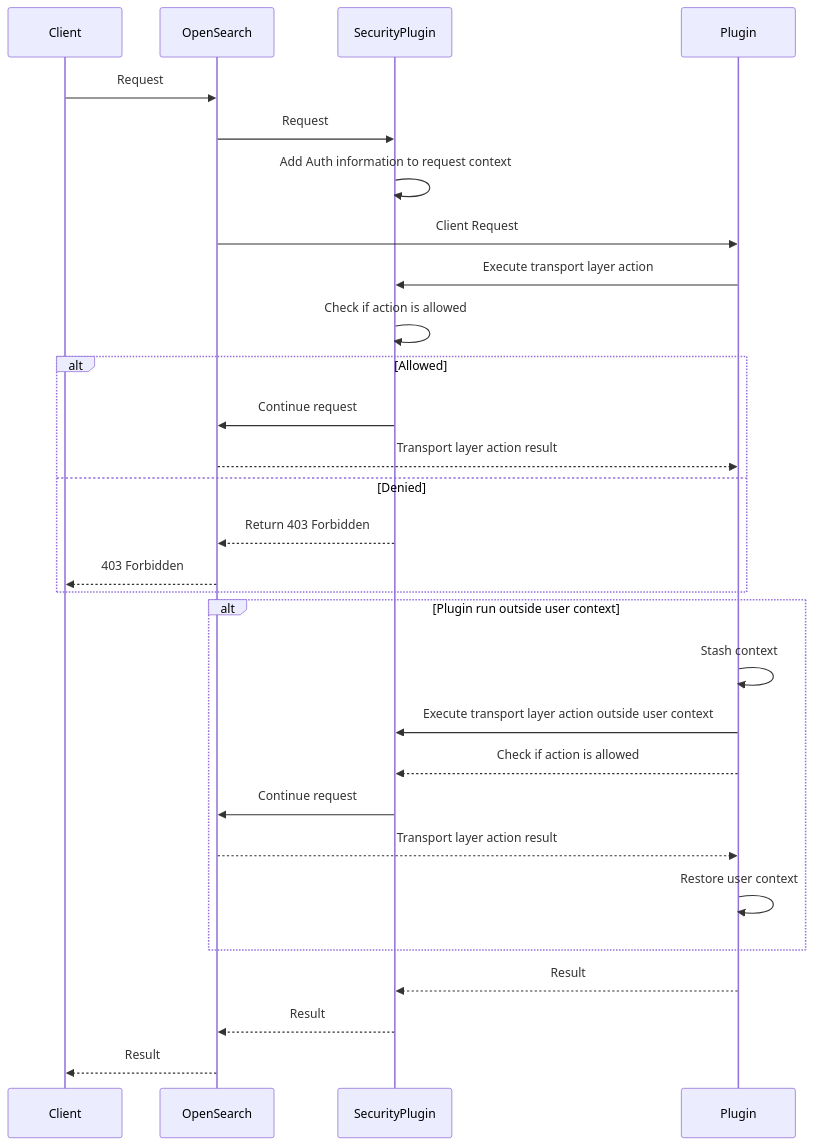
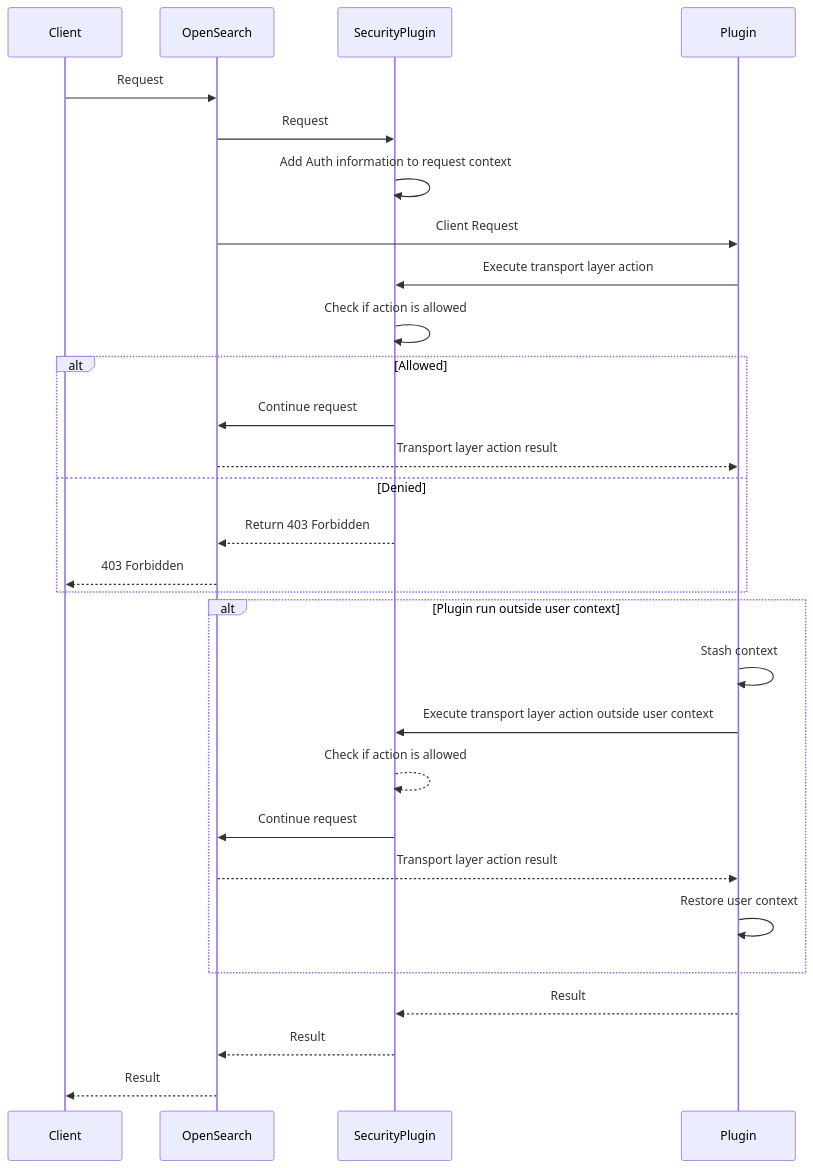
One commit to opensearch-project/security changed the diagram in README.md. Above: the diagram before and after it, drawn with Mermaid.

Commit message:
Update README.md
Fix bad arrow in the diagram

````diff
--- a/README.md
+++ b/README.md
@@ -118,32 +118,32 @@
 ```mermaid
 sequenceDiagram
     participant Client
     participant OpenSearch
     participant SecurityPlugin
     participant Cluster as Plugin
     
     Client->>OpenSearch: Request
     OpenSearch->>SecurityPlugin: Request
     SecurityPlugin->>SecurityPlugin: Add Auth information to request context
     OpenSearch->>Cluster: Client Request
     Cluster->>SecurityPlugin: Execute transport layer action
     SecurityPlugin->>SecurityPlugin: Check if action is allowed
     alt Allowed
         SecurityPlugin->>OpenSearch: Continue request
         OpenSearch-->>Cluster: Transport layer action result
     else Denied
         SecurityPlugin-->>OpenSearch: Return 403 Forbidden
         OpenSearch-->>Client: 403 Forbidden
     end
     alt Plugin run outside user context
     Cluster->>Cluster: Stash context
     Cluster->>SecurityPlugin: Execute transport layer action outside user context
-    Cluster-->>SecurityPlugin: Check if action is allowed
+    SecurityPlugin-->>SecurityPlugin: Check if action is allowed
     SecurityPlugin->>OpenSearch: Continue request
     OpenSearch-->>Cluster: Transport layer action result
     Cluster->>Cluster: Restore user context
     end
     Cluster-->>SecurityPlugin: Result
     SecurityPlugin-->>OpenSearch: Result
     OpenSearch-->>Client: Result
 ```
````
